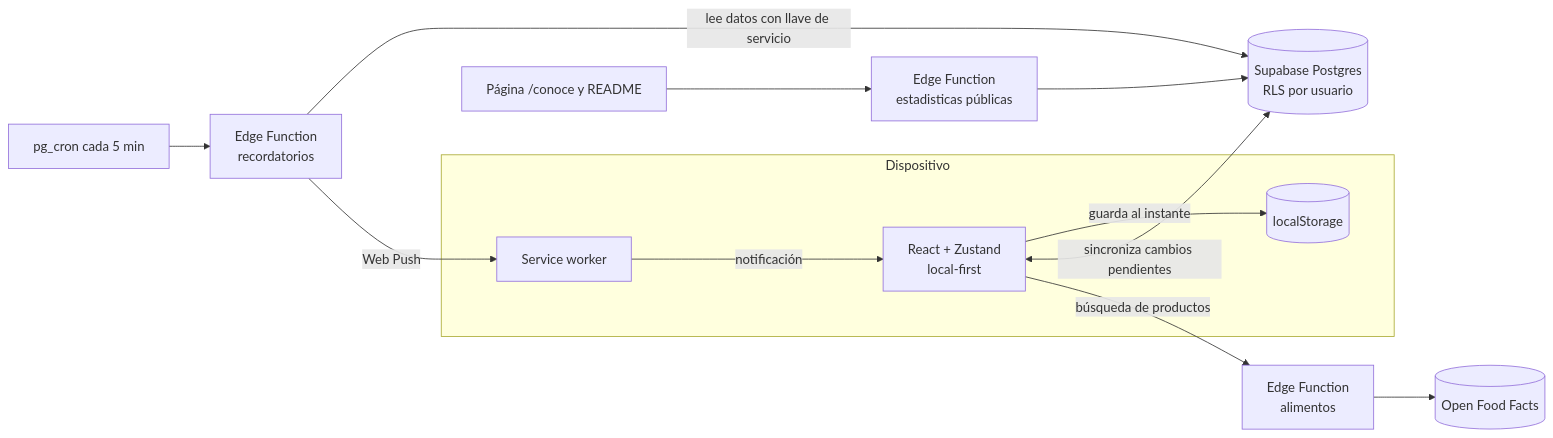
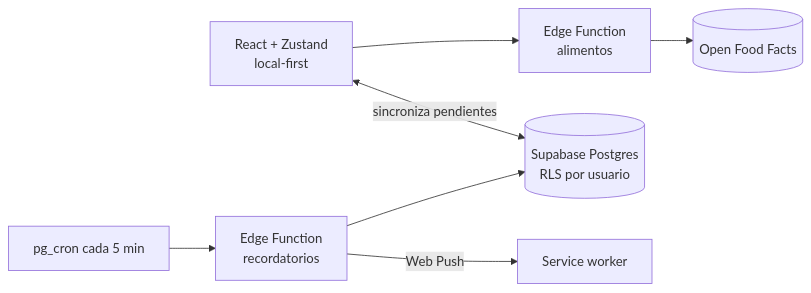
One commit to ZeroFuann-FS/brio changed the diagram in README.md. Above: the diagram before and after it, drawn with Mermaid. The commit also changed other lines of this file, not shown here.

````diff
--- a/README.md
+++ b/README.md
@@ -75,15 +46,7 @@
 ```mermaid
 flowchart LR
-  subgraph Dispositivo
-    UI[React + Zustand<br/>local-first] -->|guarda al instante| LS[(localStorage)]
-    SW[Service worker] -->|notificación| UI
-  end
-  UI <-->|sincroniza cambios pendientes| DB[(Supabase Postgres<br/>RLS por usuario)]
-  UI -->|búsqueda de productos| FA[Edge Function<br/>alimentos]
-  FA --> OFF[(Open Food Facts)]
-  CRON[pg_cron cada 5 min] --> FR[Edge Function<br/>recordatorios]
-  FR -->|lee datos con llave de servicio| DB
-  FR -->|Web Push| SW
-  WEB[Página /conoce y README] --> FE[Edge Function<br/>estadisticas públicas]
-  FE --> DB
+  UI[React + Zustand<br/>local-first] <-->|sincroniza pendientes| DB[(Supabase Postgres<br/>RLS por usuario)]
+  UI --> FA[Edge Function<br/>alimentos] --> OFF[(Open Food Facts)]
+  CRON[pg_cron cada 5 min] --> FR[Edge Function<br/>recordatorios] -->|Web Push| SW[Service worker]
+  FR --> DB
 ```
````
